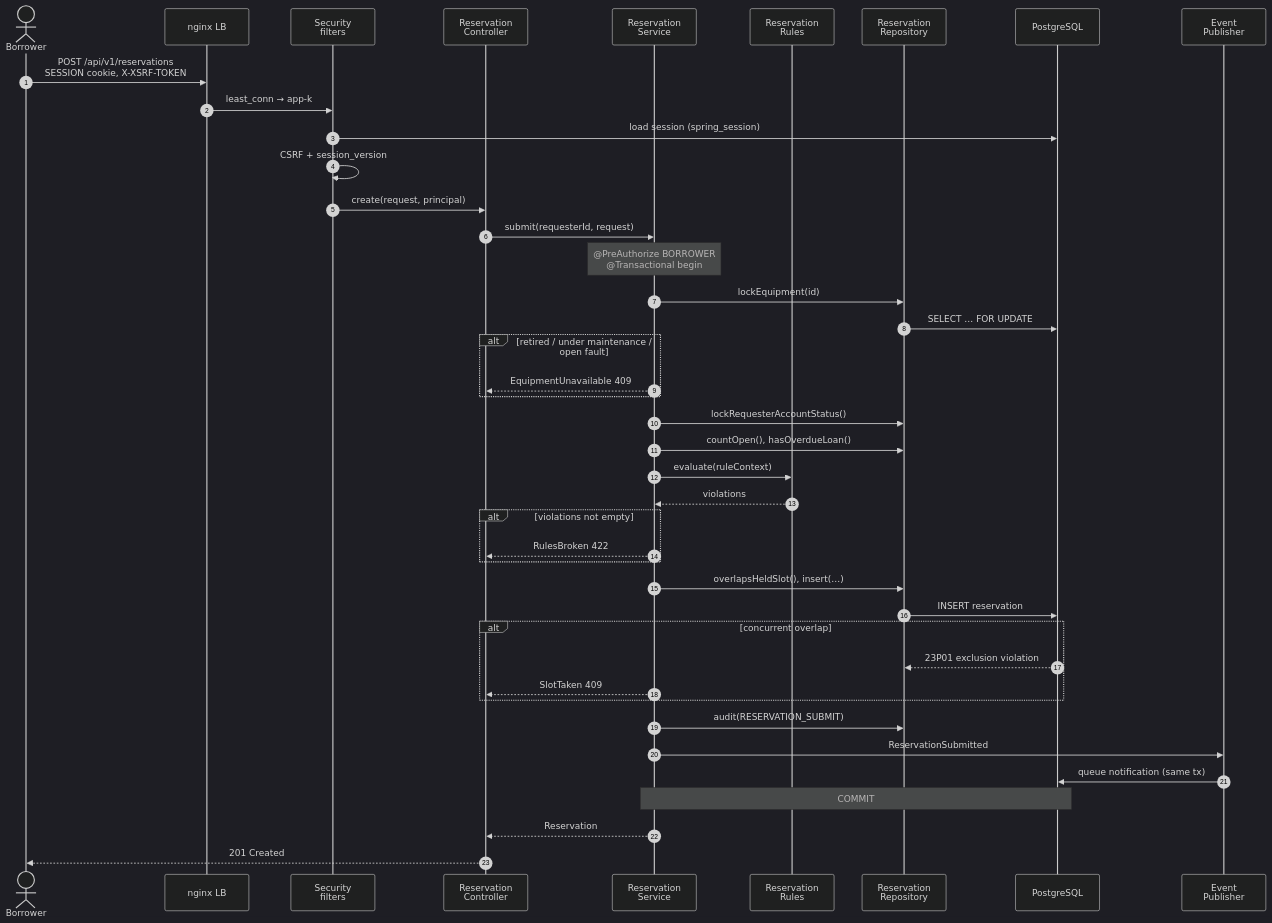
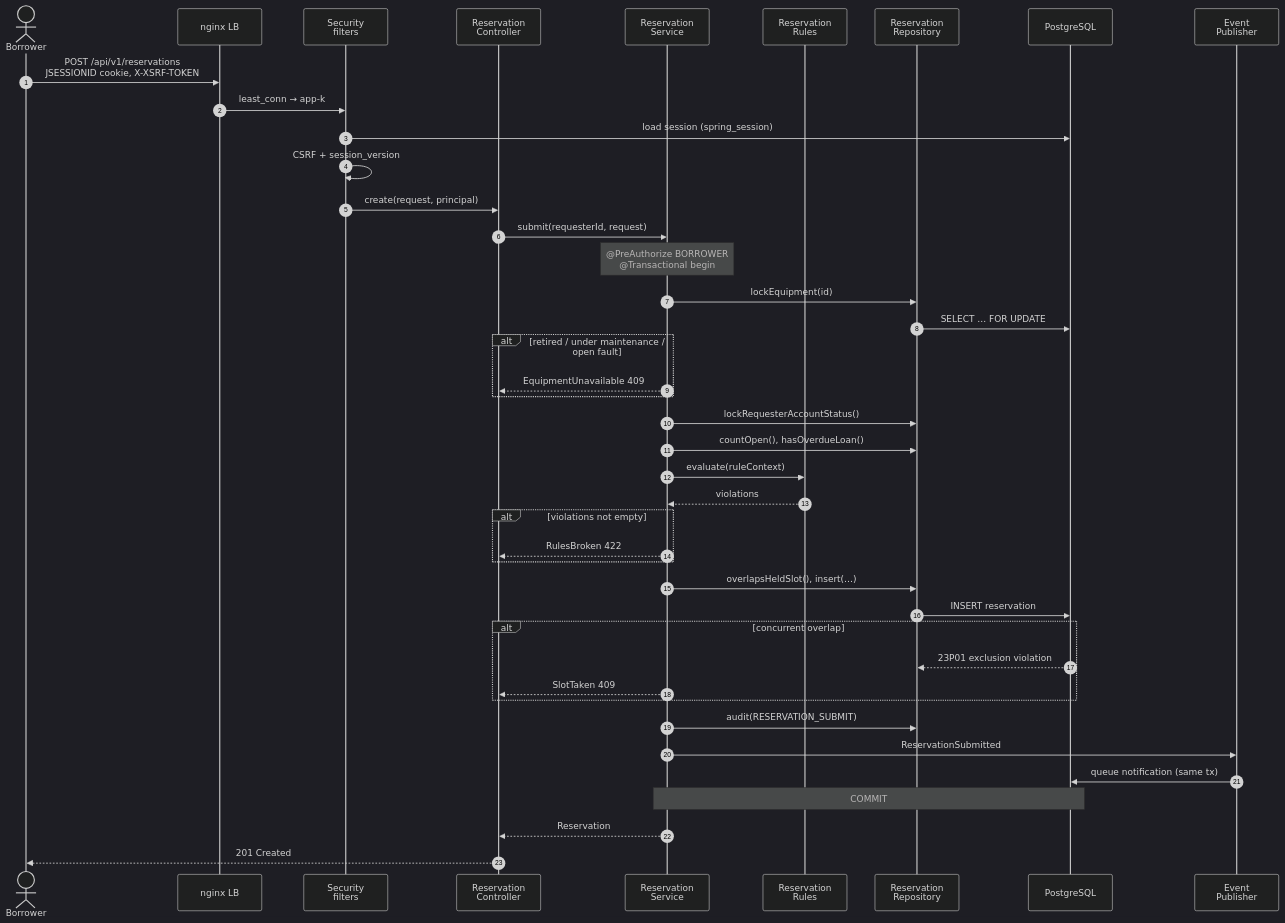
Before and after one commit to cpg25ncu/shared-equipment-reservation-and-maintenance-system: the diagram in docs/diagrams/report/12-uc01-design-sequence.mmd, drawn with Mermaid (dark theme). The commit also changed 71 other files, not shown here.

```diff
--- a/docs/diagrams/report/12-uc01-design-sequence.mmd
+++ b/docs/diagrams/report/12-uc01-design-sequence.mmd
@@ -1,43 +1,43 @@
 %% UC01 Submit reservation - design sequence diagram (behind the load balancer)
 sequenceDiagram
   autonumber
   actor B as Borrower
   participant LB as nginx LB
   participant SEC as Security<br/>filters
   participant C as Reservation<br/>Controller
   participant S as Reservation<br/>Service
   participant RR as Reservation<br/>Rules
   participant R as Reservation<br/>Repository
   participant DB as PostgreSQL
   participant EV as Event<br/>Publisher
-  B->>LB: POST /api/v1/reservations<br/>SESSION cookie, X-XSRF-TOKEN
+  B->>LB: POST /api/v1/reservations<br/>JSESSIONID cookie, X-XSRF-TOKEN
   LB->>SEC: least_conn → app-k
   SEC->>DB: load session (spring_session)
   SEC->>SEC: CSRF + session_version
   SEC->>C: create(request, principal)
   C->>S: submit(requesterId, request)
   Note over S: @PreAuthorize BORROWER<br/>@Transactional begin
   S->>R: lockEquipment(id)
   R->>DB: SELECT … FOR UPDATE
   alt retired / under maintenance / open fault
     S-->>C: EquipmentUnavailable 409
   end
   S->>R: lockRequesterAccountStatus()
   S->>R: countOpen(), hasOverdueLoan()
   S->>RR: evaluate(ruleContext)
   RR-->>S: violations
   alt violations not empty
     S-->>C: RulesBroken 422
   end
   S->>R: overlapsHeldSlot(), insert(…)
   R->>DB: INSERT reservation
   alt concurrent overlap
     DB-->>R: 23P01 exclusion violation
     S-->>C: SlotTaken 409
   end
   S->>R: audit(RESERVATION_SUBMIT)
   S->>EV: ReservationSubmitted
   EV->>DB: queue notification (same tx)
   Note over S,DB: COMMIT
   S-->>C: Reservation
   C-->>B: 201 Created
```
